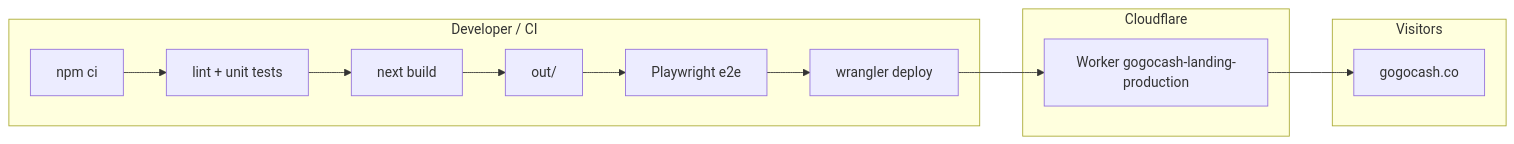
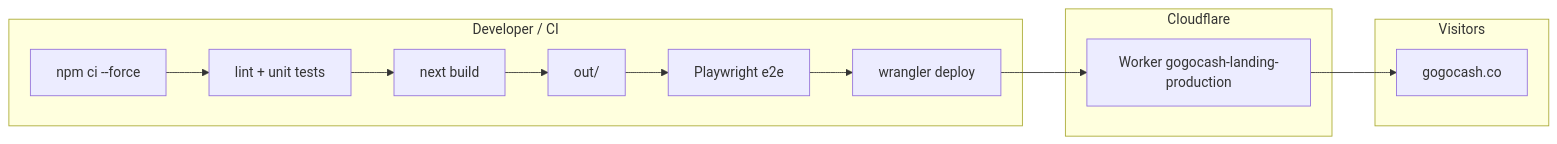
The diagram in README.md (mygogocash/gogocash-landing-page), drawn with Mermaid before and after one commit. The commit also changed other lines of this file and 3 other files, not shown here.

````diff
--- a/README.md
+++ b/README.md
@@ -49,16 +49,16 @@
 ```mermaid
 flowchart LR
   subgraph dev["Developer / CI"]
-    A["npm ci"] --> B["lint + unit tests"]
+    A["npm ci --force"] --> B["lint + unit tests"]
     B --> C["next build"]
     C --> D["out/"]
     D --> E["Playwright e2e"]
     E --> F["wrangler deploy"]
   end
   subgraph cloud["Cloudflare"]
     F --> G["Worker gogocash-landing-production"]
   end
   subgraph users["Visitors"]
     G --> H["gogocash.co"]
   end
 ```
````
